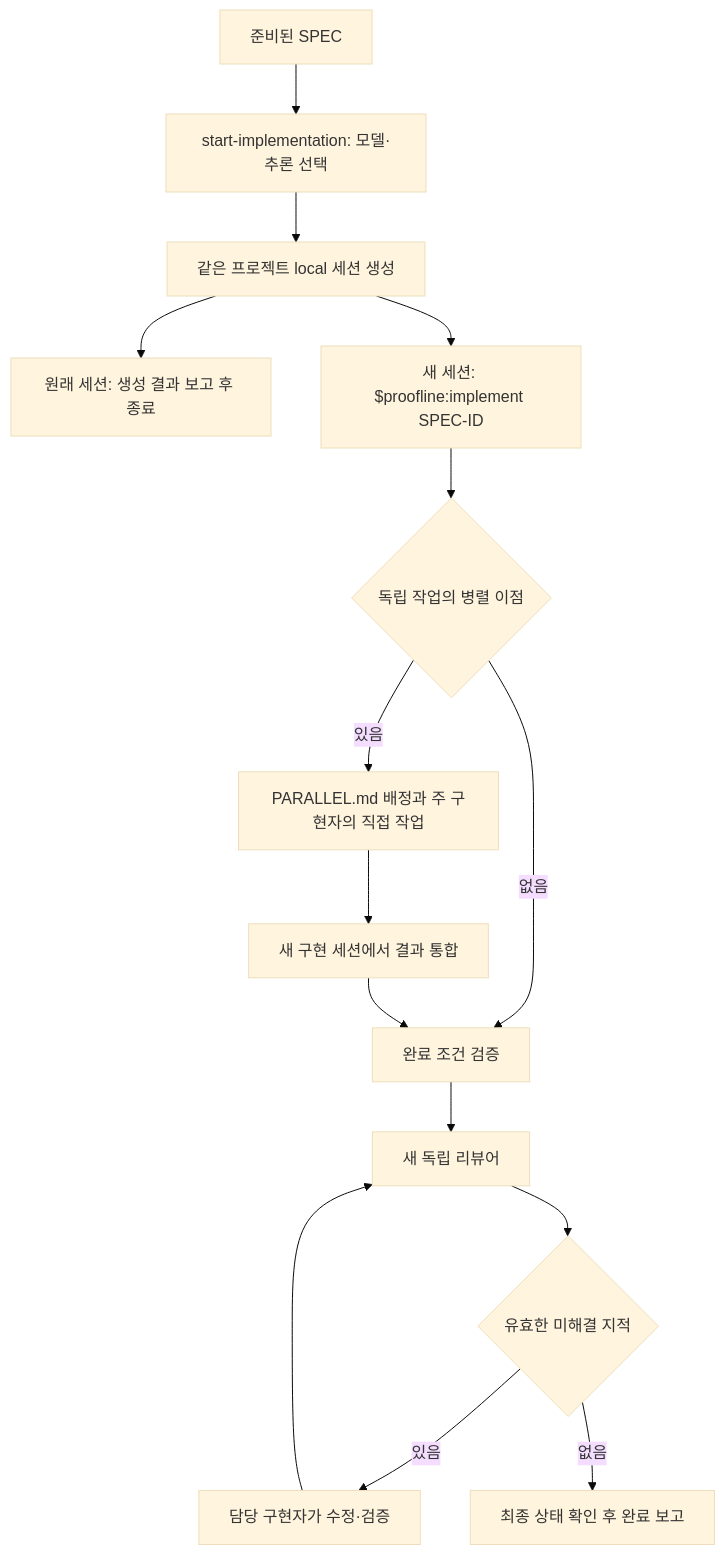
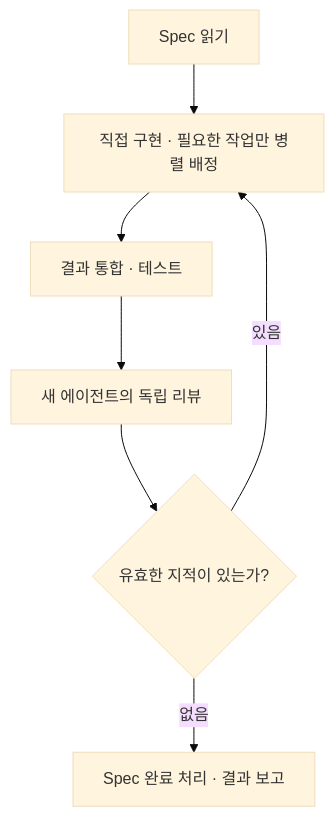
Before and after one commit to semisemil/codex-proofline: the diagram in docs/start-implementation-execution-skeleton.md, drawn with Mermaid (base theme). The commit also changed other lines of this file and 14 other files, not shown here.

````diff
--- a/docs/start-implementation-execution-skeleton.md
+++ b/docs/start-implementation-execution-skeleton.md
@@ -7,17 +11,9 @@
 ```mermaid
 flowchart TD
-    S[준비된 SPEC] --> L[start-implementation: 모델·추론 선택]
-    L --> N[같은 프로젝트 local 세션 생성]
-    N --> O[원래 세션: 생성 결과 보고 후 종료]
-    N --> M["새 세션: $proofline:implement SPEC-ID"]
-    M --> P{독립 작업의 병렬 이점}
-    P -->|있음| A[PARALLEL.md 배정과 주 구현자의 직접 작업]
-    A --> I[새 구현 세션에서 결과 통합]
-    P -->|없음| V[완료 조건 검증]
-    I --> V
-    V --> R[새 독립 리뷰어]
-    R --> D{유효한 미해결 지적}
-    D -->|있음| F[담당 구현자가 수정·검증]
-    F --> R
-    D -->|없음| C[최종 상태 확인 후 완료 보고]
+    S[Spec 읽기] --> I[직접 구현 · 필요한 작업만 병렬 배정]
+    I --> V[결과 통합 · 테스트]
+    V --> R[새 에이전트의 독립 리뷰]
+    R --> F{유효한 지적이 있는가?}
+    F -->|있음| I
+    F -->|없음| C[Spec 완료 처리 · 결과 보고]
 ```
````
